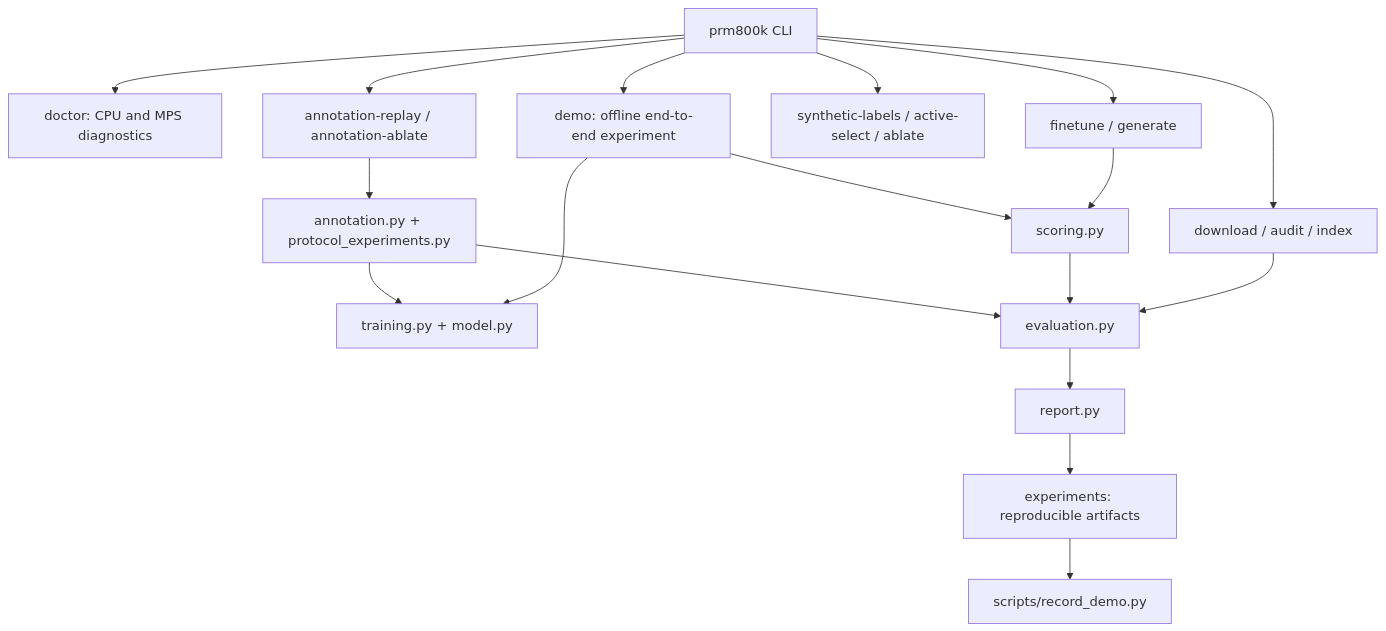
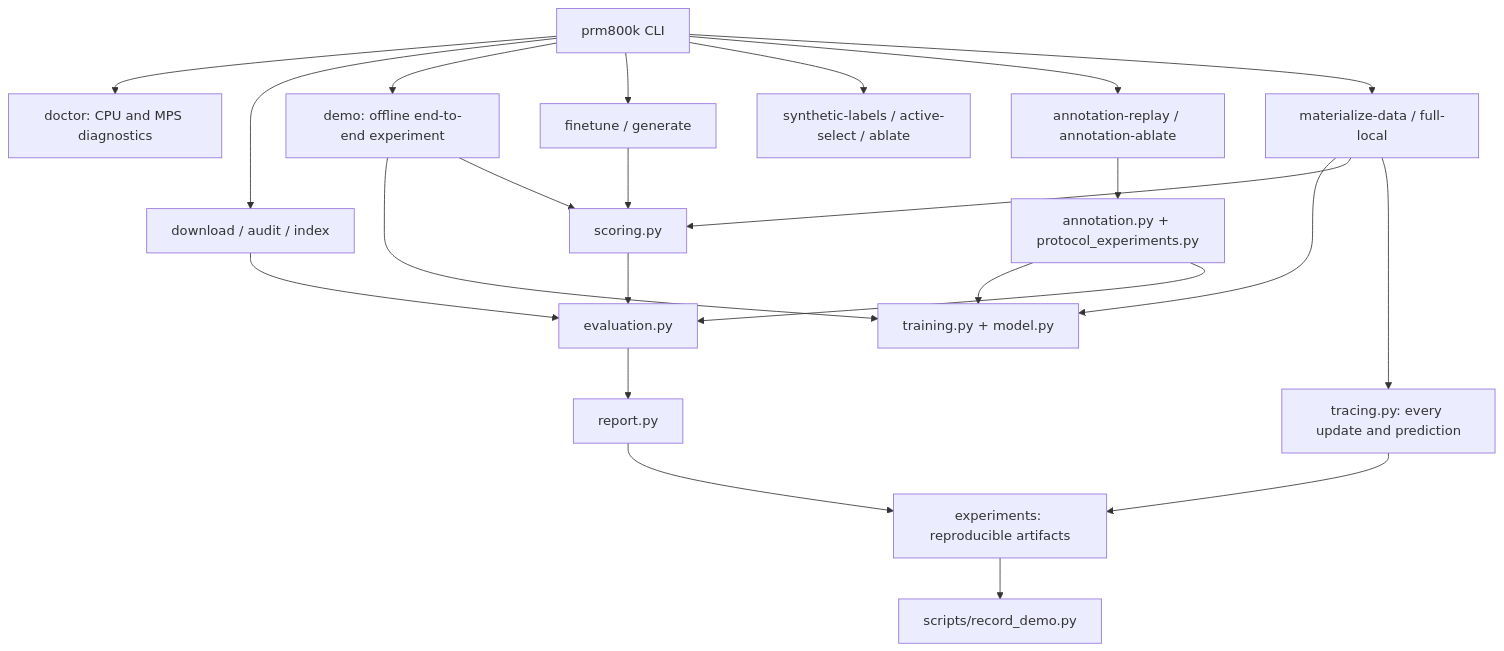
One commit to InfronAI/Stepwise-Lab changed the second of 3 diagrams in README.md. Above: the diagram before and after it, drawn with Mermaid. The commit also changed other lines of this file and 230 other files, not shown here.

Commit message:
Preserve full local data and every training and inference intermediate

````diff
--- a/README.md
+++ b/README.md
@@ -93,20 +93,25 @@
 ```mermaid
 flowchart TD
     CLI[prm800k CLI] --> Doctor[doctor: CPU and MPS diagnostics]
     CLI --> Data[download / audit / index]
     CLI --> Demo[demo: offline end-to-end experiment]
     CLI --> Gen[finetune / generate]
     CLI --> Ablate[synthetic-labels / active-select / ablate]
     CLI --> Annotation[annotation-replay / annotation-ablate]
+    CLI --> Full[materialize-data / full-local]
+    Full --> Train
+    Full --> Score
+    Full --> Trace[tracing.py: every update and prediction]
+    Trace --> Files
     Annotation --> Protocol[annotation.py + protocol_experiments.py]
     Protocol --> Train
     Protocol --> Eval
     Demo --> Train[training.py + model.py]
     Demo --> Score[scoring.py]
     Gen --> Score
     Score --> Eval[evaluation.py]
     Data --> Eval
     Eval --> Report[report.py]
     Report --> Files[experiments: reproducible artifacts]
     Files --> Video[scripts/record_demo.py]
 ```
````
